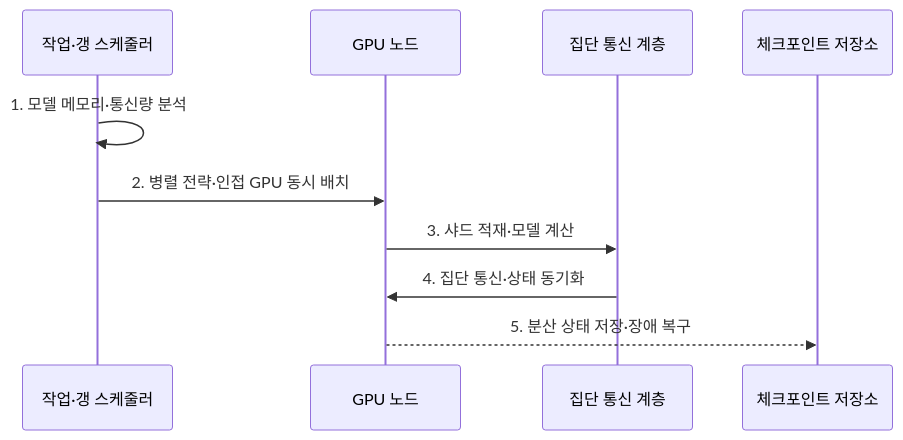
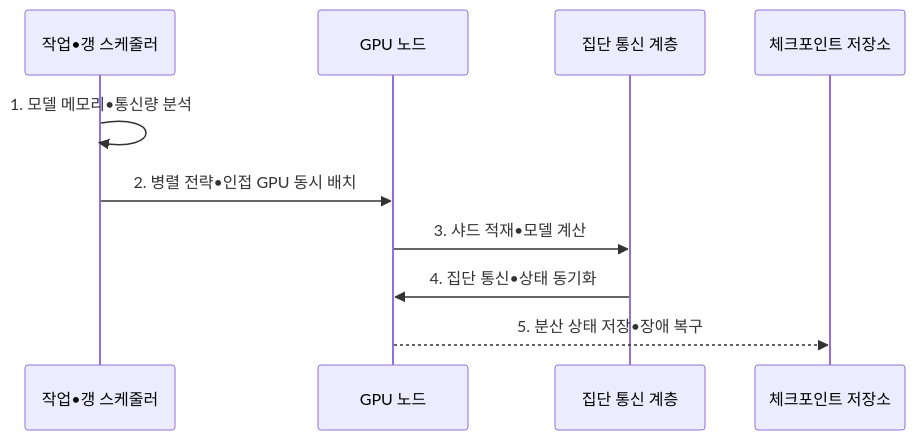
Before and after one commit to agnusdei1207/knowledge-base: the second of 2 diagrams in src/content/docs/notes/08-latest-tech/139_gpu_cluster.md, drawn with Mermaid. The commit also changed other lines of this file and 953 other files, not shown here.

````diff
--- a/src/content/docs/notes/08-latest-tech/139_gpu_cluster.md
+++ b/src/content/docs/notes/08-latest-tech/139_gpu_cluster.md
@@ -102,12 +102,12 @@
 ```mermaid
 sequenceDiagram
-    participant O as 작업·갱 스케줄러
+    participant O as 작업•갱 스케줄러
     participant N as GPU 노드
     participant C as 집단 통신 계층
     participant R as 체크포인트 저장소
-    O->>O: 1. 모델 메모리·통신량 분석
-    O->>N: 2. 병렬 전략·인접 GPU 동시 배치
-    N->>C: 3. 샤드 적재·모델 계산
-    C->>N: 4. 집단 통신·상태 동기화
-    N-->>R: 5. 분산 상태 저장·장애 복구
+    O->>O: 1. 모델 메모리•통신량 분석
+    O->>N: 2. 병렬 전략•인접 GPU 동시 배치
+    N->>C: 3. 샤드 적재•모델 계산
+    C->>N: 4. 집단 통신•상태 동기화
+    N-->>R: 5. 분산 상태 저장•장애 복구
 ```
````
